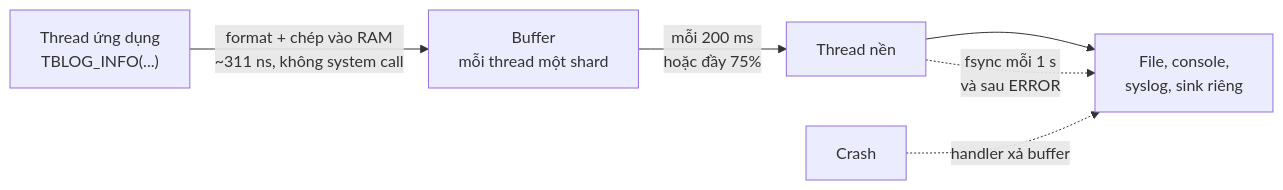
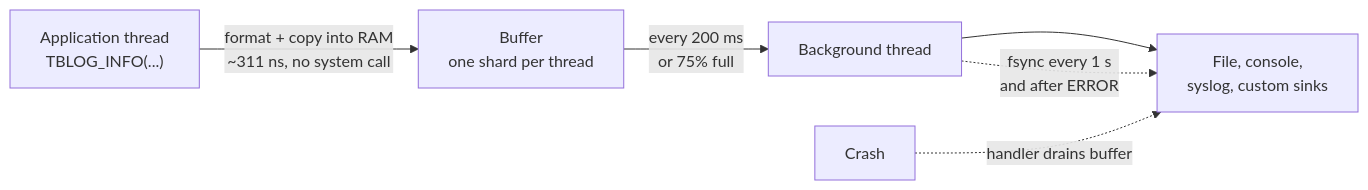
Before and after one commit to TieuBao168/tblog: the diagram in README.md, drawn with Mermaid. The commit also changed other lines of this file and 19 other files, not shown here.

````diff
--- a/README.md
+++ b/README.md
@@ -7,8 +9,8 @@
 ```mermaid
 flowchart LR
-    T["Thread ứng dụng<br/>TBLOG_INFO(...)"] -->|"format + chép vào RAM<br/>~311 ns, không system call"| B["Buffer<br/>mỗi thread một shard"]
-    B -->|"mỗi 200 ms<br/>hoặc đầy 75%"| W["Thread nền"]
-    W --> S["File, console,<br/>syslog, sink riêng"]
-    W -.->|"fsync mỗi 1 s<br/>và sau ERROR"| S
-    X["Crash"] -.->|"handler xả buffer"| S
+    T["Application thread<br/>TBLOG_INFO(...)"] -->|"format + copy into RAM<br/>~311 ns, no system call"| B["Buffer<br/>one shard per thread"]
+    B -->|"every 200 ms<br/>or 75% full"| W["Background thread"]
+    W --> S["File, console,<br/>syslog, custom sinks"]
+    W -.->|"fsync every 1 s<br/>and after ERROR"| S
+    X["Crash"] -.->|"handler drains buffer"| S
 ```
````
